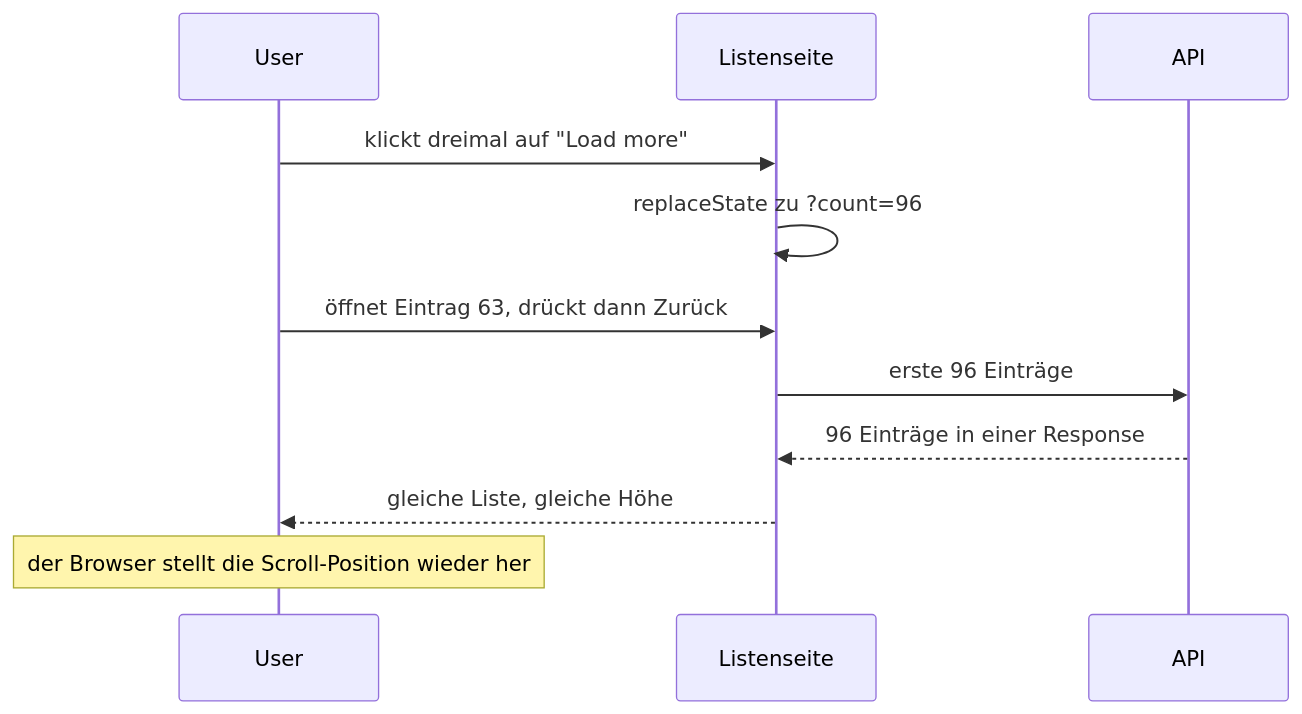
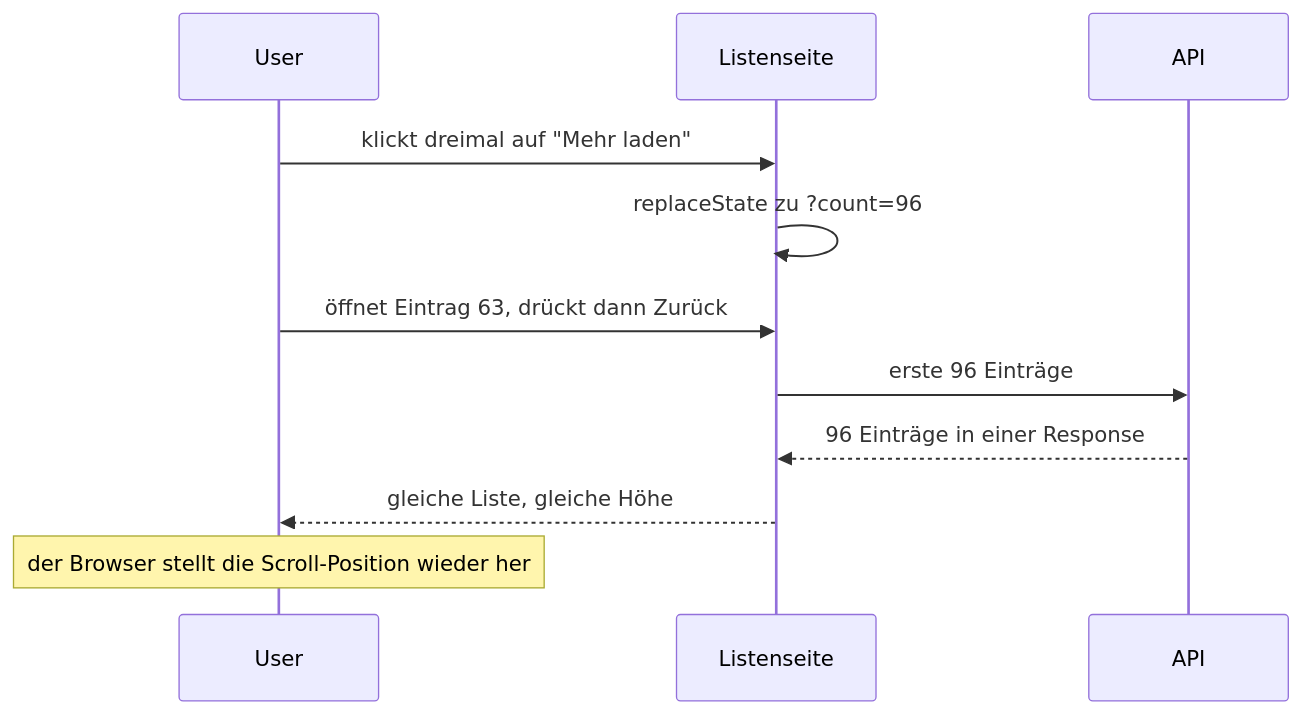
One commit to christiansany/cas-fee-26-frontend-challenges changed the sixth of 6 diagrams in topics/lists-and-pagination/README.md. Above: the diagram before and after it, drawn with Mermaid. The commit also changed other lines of this file and 4 other files, not shown here.

````diff
--- a/topics/lists-and-pagination/README.md
+++ b/topics/lists-and-pagination/README.md
@@ -265,13 +265,13 @@
 ```mermaid
 sequenceDiagram
   participant U as User
   participant P as Listenseite
   participant A as API
-  U->>P: klickt dreimal auf "Load more"
+  U->>P: klickt dreimal auf "Mehr laden"
   P->>P: replaceState zu ?count=96
   U->>P: öffnet Eintrag 63, drückt dann Zurück
   P->>A: erste 96 Einträge
   A-->>P: 96 Einträge in einer Response
   P-->>U: gleiche Liste, gleiche Höhe
   Note over U: der Browser stellt die Scroll-Position wieder her
 ```
````
